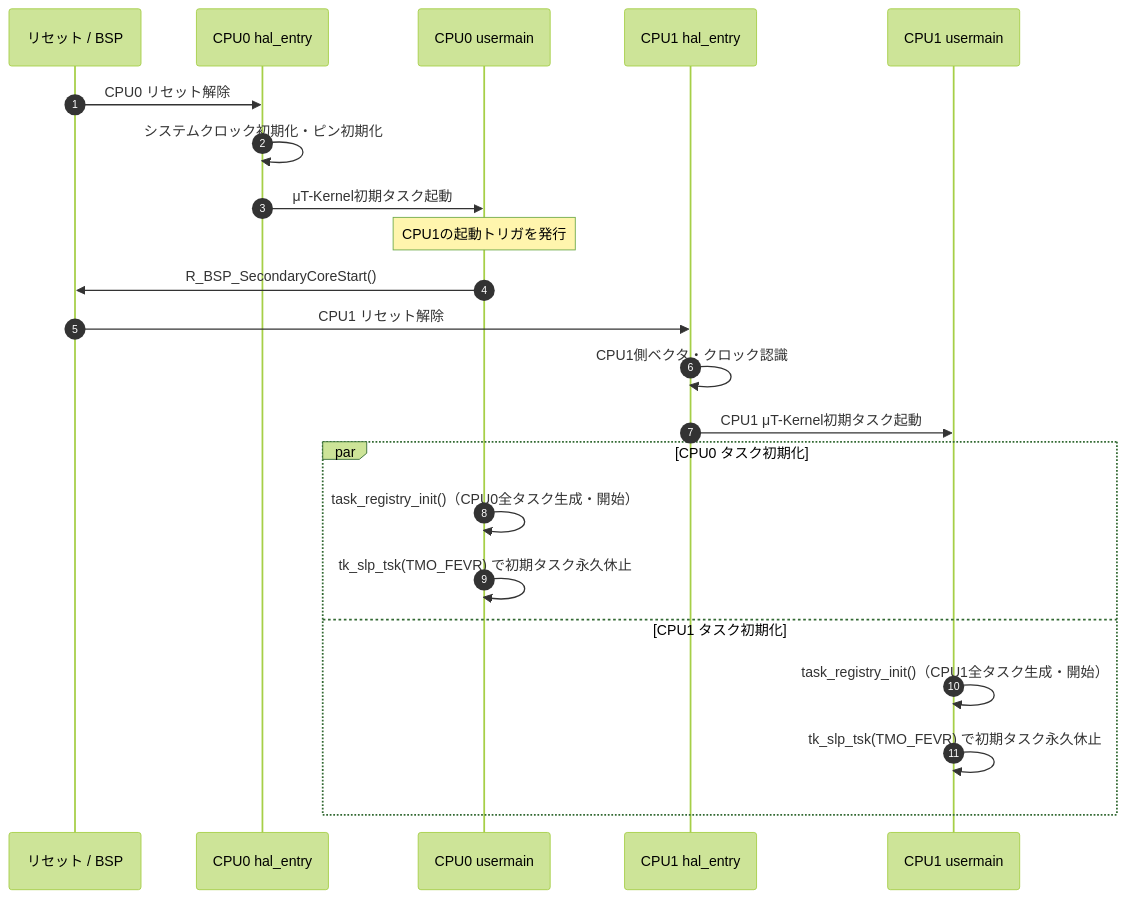
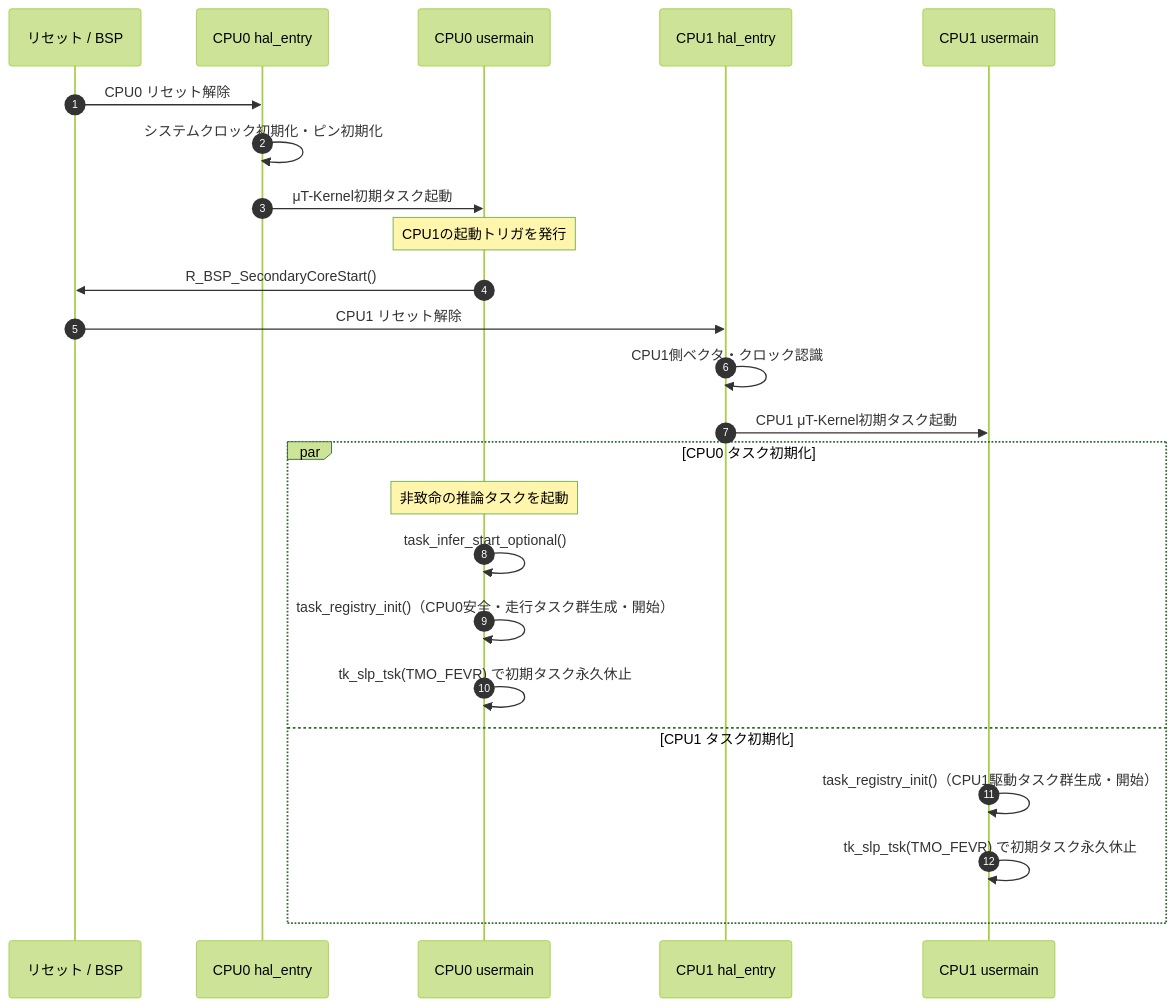
One commit to horned128/sound-exploration-rover changed the second of 3 diagrams in docs/textbook/04_rtos_and_multicore.md. Above: the diagram before and after it, drawn with Mermaid (forest theme). The commit also changed other lines of this file and 20 other files, not shown here.

````diff
--- a/docs/textbook/04_rtos_and_multicore.md
+++ b/docs/textbook/04_rtos_and_multicore.md
@@ -57,26 +57,28 @@
 ```mermaid
 sequenceDiagram
     autonumber
     participant HW as リセット / BSP
     participant C0_HAL as CPU0 hal_entry
     participant C0_MAIN as CPU0 usermain
     participant C1_HAL as CPU1 hal_entry
     participant C1_MAIN as CPU1 usermain
 
     HW->>C0_HAL: CPU0 リセット解除
     C0_HAL->>C0_HAL: システムクロック初期化・ピン初期化
     C0_HAL->>C0_MAIN: μT-Kernel初期タスク起動
     Note over C0_MAIN: CPU1の起動トリガを発行
     C0_MAIN->>HW: R_BSP_SecondaryCoreStart()
     HW->>C1_HAL: CPU1 リセット解除
     C1_HAL->>C1_HAL: CPU1側ベクタ・クロック認識
     C1_HAL->>C1_MAIN: CPU1 μT-Kernel初期タスク起動
 
     par CPU0 タスク初期化
-        C0_MAIN->>C0_MAIN: task_registry_init()（CPU0全タスク生成・開始）
+        Note over C0_MAIN: 非致命の推論タスクを起動
+        C0_MAIN->>C0_MAIN: task_infer_start_optional()
+        C0_MAIN->>C0_MAIN: task_registry_init()（CPU0安全・走行タスク群生成・開始）
         C0_MAIN->>C0_MAIN: tk_slp_tsk(TMO_FEVR) で初期タスク永久休止
     and CPU1 タスク初期化
-        C1_MAIN->>C1_MAIN: task_registry_init()（CPU1全タスク生成・開始）
+        C1_MAIN->>C1_MAIN: task_registry_init()（CPU1駆動タスク群生成・開始）
         C1_MAIN->>C1_MAIN: tk_slp_tsk(TMO_FEVR) で初期タスク永久休止
     end
 ```
````
